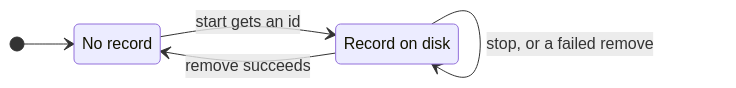
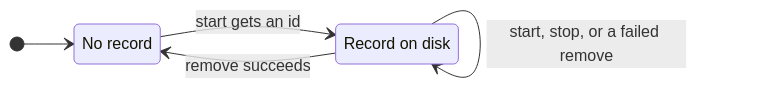
The sixth of 6 diagrams in docs/architecture.md (NextNodeSolutions/workspace), drawn with Mermaid before and after one commit. The commit also changed other lines of this file and 14 other files, not shown here.

````diff
--- a/docs/architecture.md
+++ b/docs/architecture.md
@@ -174,10 +187,10 @@
 ```mermaid
 stateDiagram-v2
     direction LR
     state "No record" as None
     state "Record on disk" as Present
     [*] --> None
     None --> Present: start gets an id
-    Present --> Present: stop, or a failed remove
+    Present --> Present: start, stop, or a failed remove
     Present --> None: remove succeeds
 ```
````
